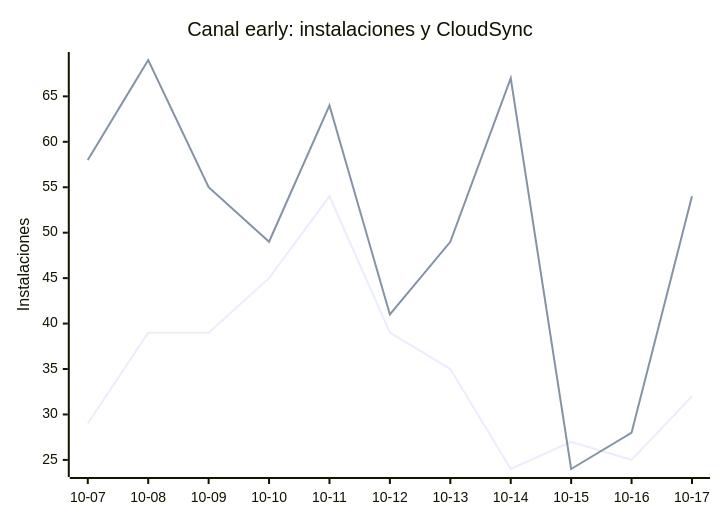
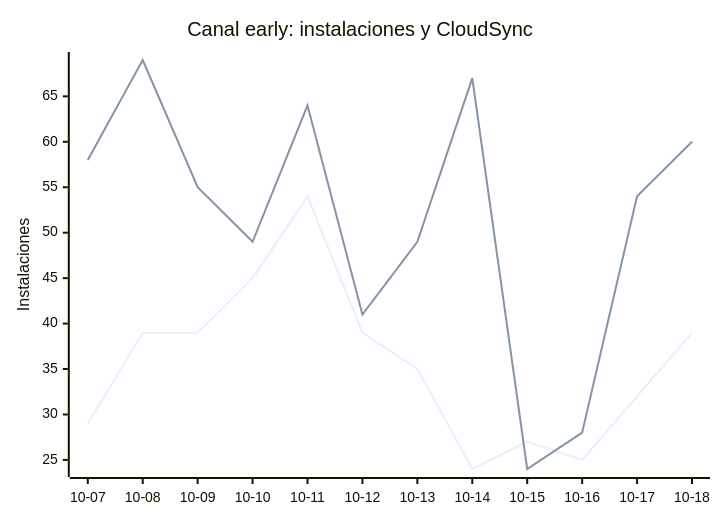
The eighth of 8 diagrams in README.md (EmuDeck/stats), drawn with Mermaid before and after one commit. The commit also changed other lines of this file and 2 other files, not shown here.

````diff
--- a/README.md
+++ b/README.md
@@ -102,8 +102,8 @@
 ```mermaid
 xychart-beta
     title "Canal early: instalaciones y CloudSync"
-    x-axis ["10-07", "10-08", "10-09", "10-10", "10-11", "10-12", "10-13", "10-14", "10-15", "10-16", "10-17"]
+    x-axis ["10-07", "10-08", "10-09", "10-10", "10-11", "10-12", "10-13", "10-14", "10-15", "10-16", "10-17", "10-18"]
     y-axis "Instalaciones"
-    line [29, 39, 39, 45, 54, 39, 35, 24, 27, 25, 32]
-    line [58, 69, 55, 49, 64, 41, 49, 67, 24, 28, 54]
+    line [29, 39, 39, 45, 54, 39, 35, 24, 27, 25, 32, 39]
+    line [58, 69, 55, 49, 64, 41, 49, 67, 24, 28, 54, 60]
 ```
````
